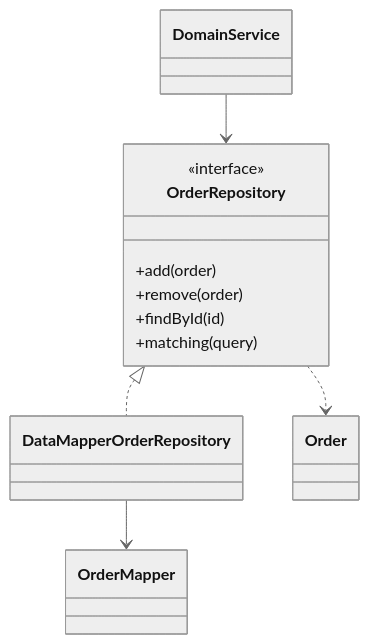
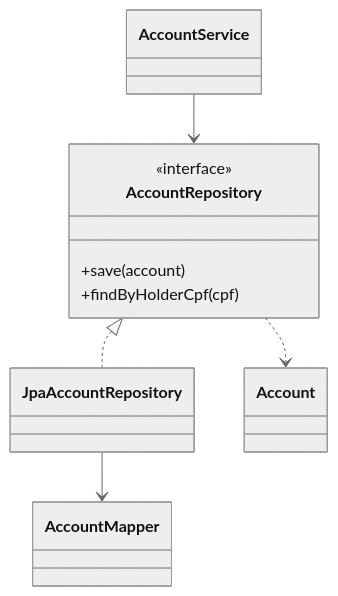
The diagram in docs/design/poeaa/object-relational-metadata-mapping/repository.md (alancesar/design-patterns), drawn with Mermaid (neutral theme) before and after one commit. The commit also changed other lines of this file and 95 other files, not shown here.

First line of the commit message:
Switch PoEAA examples and diagrams to fintech scenarios

````diff
--- a/docs/design/poeaa/object-relational-metadata-mapping/repository.md
+++ b/docs/design/poeaa/object-relational-metadata-mapping/repository.md
@@ -58,18 +58,16 @@
 ```mermaid
 classDiagram
-    class DomainService
-    class OrderRepository {
+    class AccountService
+    class AccountRepository {
         <<interface>>
-        +add(order)
-        +remove(order)
-        +findById(id)
-        +matching(query)
+        +save(account)
+        +findByHolderCpf(cpf)
     }
-    class DataMapperOrderRepository
-    class OrderMapper
-    class Order
-    DomainService --> OrderRepository
-    OrderRepository <|.. DataMapperOrderRepository
-    DataMapperOrderRepository --> OrderMapper
-    OrderRepository ..> Order
+    class JpaAccountRepository
+    class AccountMapper
+    class Account
+    AccountService --> AccountRepository
+    AccountRepository <|.. JpaAccountRepository
+    JpaAccountRepository --> AccountMapper
+    AccountRepository ..> Account
 ```
````
